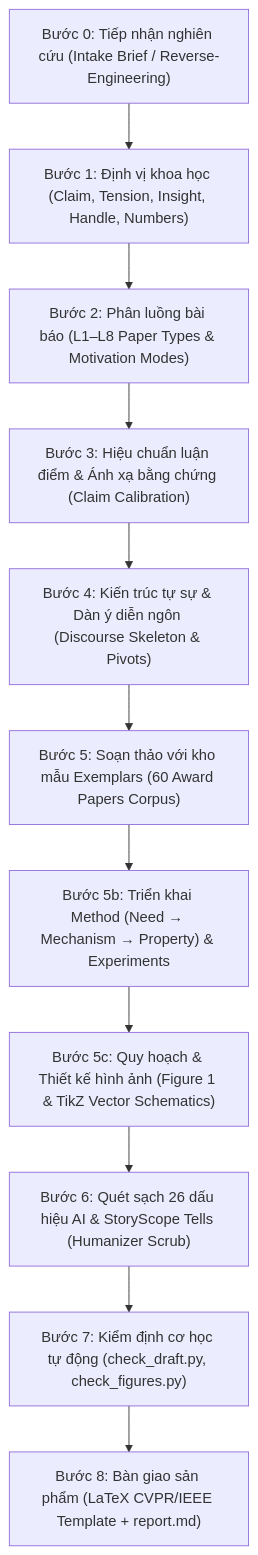
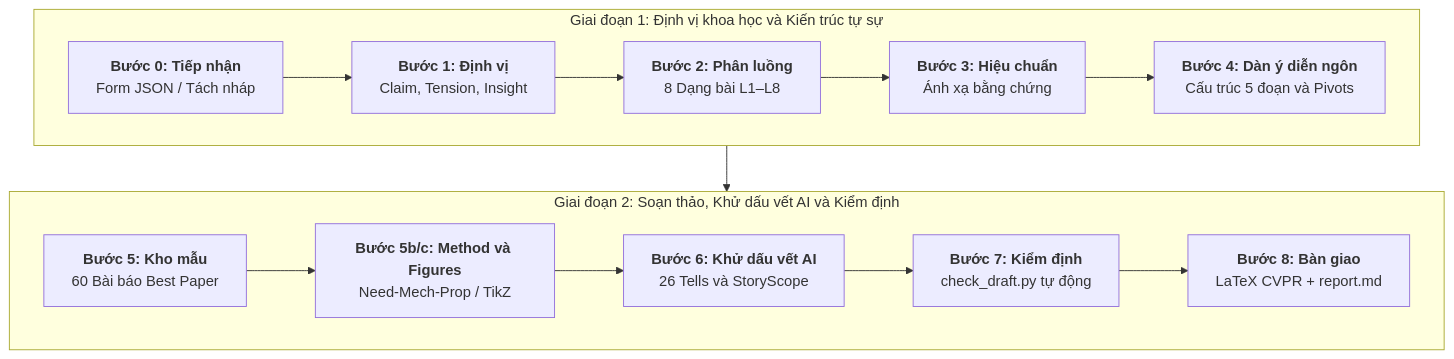
One commit to Vlet0/Write-Paper-Like-aHuman changed the diagram in README_vi.md. Above: the diagram before and after it, drawn with Mermaid. The commit also changed 2 other files, not shown here.

Commit message:
style(docs): reformat 8-step pipeline diagram into 2 horizontal rows
- Replace single vertical 10-box diagram with 2-row horizontal layout
- Group steps into Phase 1 (Architecture & Positioning) and Phase 2 (Drafting, De-AI & Verification)
- Reduce vertical footprint and optimize readability across desktop and mobile screens

````diff
--- a/README_vi.md
+++ b/README_vi.md
@@ -47,13 +47,12 @@
 ```mermaid
 flowchart TD
-    Step0["Bước 0: Tiếp nhận nghiên cứu (Intake Brief / Reverse-Engineering)"] --> Step1["Bước 1: Định vị khoa học (Claim, Tension, Insight, Handle, Numbers)"]
-    Step1 --> Step2["Bước 2: Phân luồng bài báo (L1–L8 Paper Types & Motivation Modes)"]
-    Step2 --> Step3["Bước 3: Hiệu chuẩn luận điểm & Ánh xạ bằng chứng (Claim Calibration)"]
-    Step3 --> Step4["Bước 4: Kiến trúc tự sự & Dàn ý diễn ngôn (Discourse Skeleton & Pivots)"]
-    Step4 --> Step5["Bước 5: Soạn thảo với kho mẫu Exemplars (60 Award Papers Corpus)"]
-    Step5 --> Step5b["Bước 5b: Triển khai Method (Need → Mechanism → Property) & Experiments"]
-    Step5b --> Step5c["Bước 5c: Quy hoạch & Thiết kế hình ảnh (Figure 1 & TikZ Vector Schematics)"]
-    Step5c --> Step6["Bước 6: Quét sạch 26 dấu hiệu AI & StoryScope Tells (Humanizer Scrub)"]
-    Step6 --> Step7["Bước 7: Kiểm định cơ học tự động (check_draft.py, check_figures.py)"]
-    Step7 --> Step8["Bước 8: Bàn giao sản phẩm (LaTeX CVPR/IEEE Template + report.md)"]
+    subgraph Row1 ["Giai đoạn 1: Định vị khoa học và Kiến trúc tự sự"]
+        direction LR
+        S0["<b>Bước 0: Tiếp nhận</b><br/>Form JSON / Tách nháp"] --> S1["<b>Bước 1: Định vị</b><br/>Claim, Tension, Insight"] --> S2["<b>Bước 2: Phân luồng</b><br/>8 Dạng bài L1–L8"] --> S3["<b>Bước 3: Hiệu chuẩn</b><br/>Ánh xạ bằng chứng"] --> S4["<b>Bước 4: Dàn ý diễn ngôn</b><br/>Cấu trúc 5 đoạn và Pivots"]
+    end
+    subgraph Row2 ["Giai đoạn 2: Soạn thảo, Khử dấu vết AI và Kiểm định"]
+        direction LR
+        S5["<b>Bước 5: Kho mẫu</b><br/>60 Bài báo Best Paper"] --> S5bc["<b>Bước 5b/c: Method và Figures</b><br/>Need-Mech-Prop / TikZ"] --> S6["<b>Bước 6: Khử dấu vết AI</b><br/>26 Tells và StoryScope"] --> S7["<b>Bước 7: Kiểm định</b><br/>check_draft.py tự động"] --> S8["<b>Bước 8: Bàn giao</b><br/>LaTeX CVPR + report.md"]
+    end
+    S4 --> S5
 ```
````
